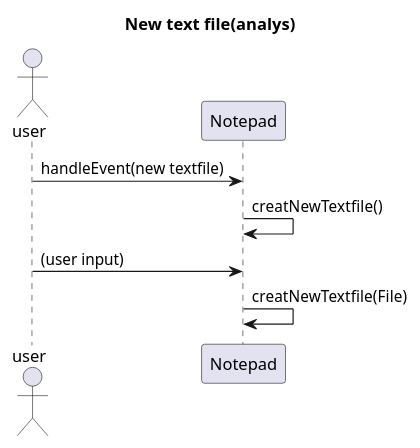
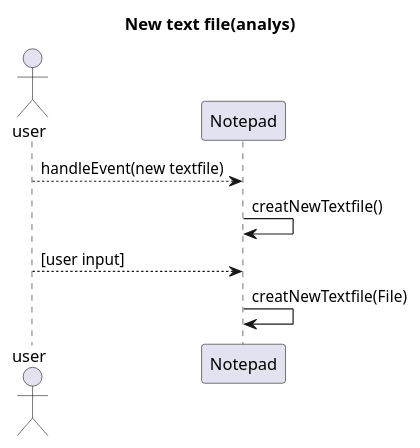
Before and after one commit to Oliverpe/ISGC08: the diagram in laboration1/sekvense-newTextfile-diagram.pu, drawn with PlantUML. The commit also changed 11 other files, not shown here.

```diff
--- a/laboration1/sekvense-newTextfile-diagram.pu
+++ b/laboration1/sekvense-newTextfile-diagram.pu
@@ -1,9 +1,9 @@
 @startuml
 title New text file(analys)
 actor "user" as u
 participant "Notepad" as n
-u->n : handleEvent(new textfile)
+u-->n : handleEvent(new textfile)
 n->n: creatNewTextfile()
-u->n : (user input)
+u-->n : [user input]
 n->n : creatNewTextfile(File)
 @enduml
```
